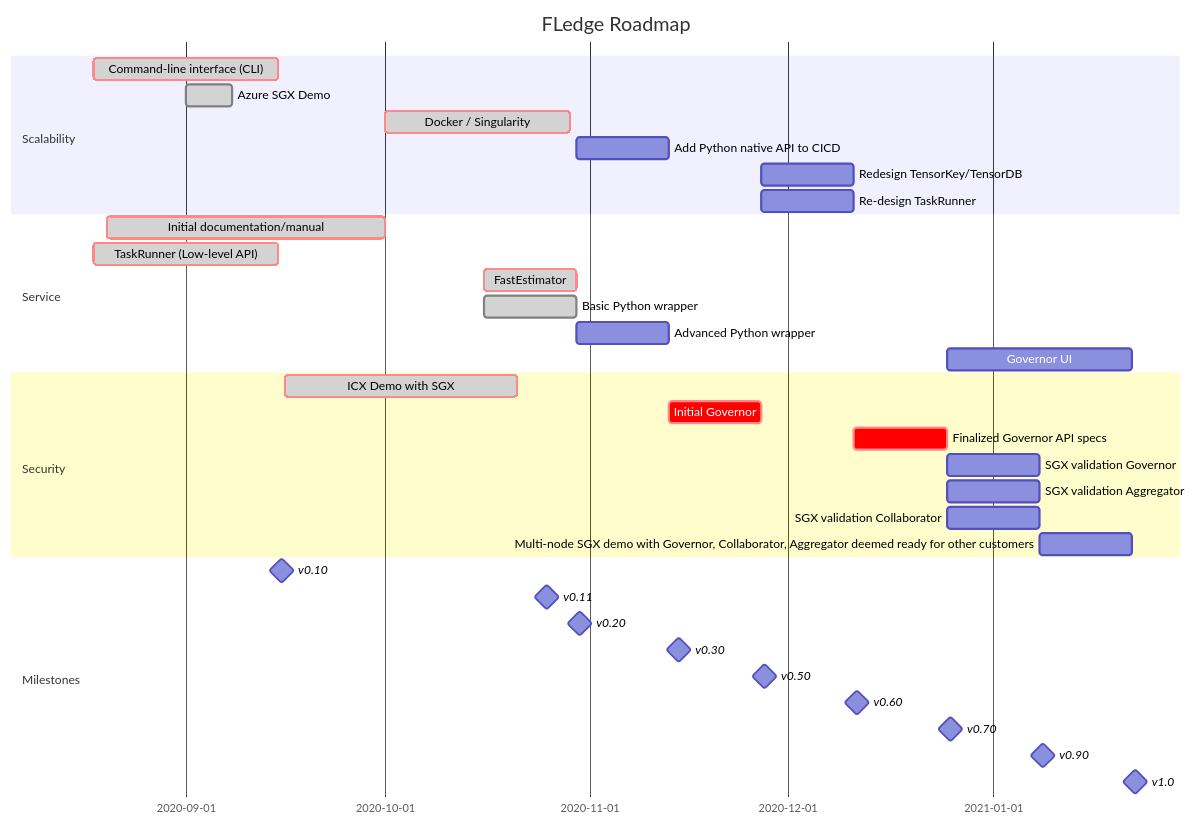
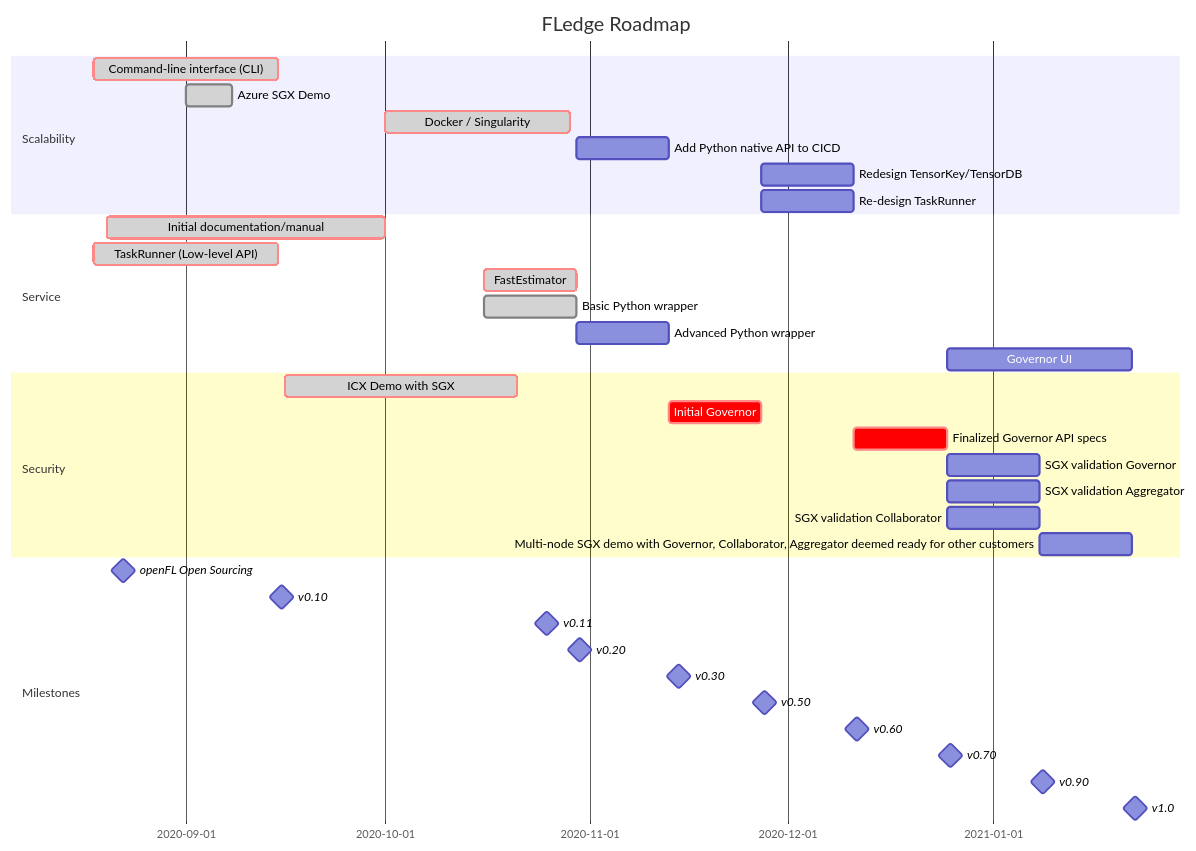
One commit to psfoley/openfl changed the diagram in docs/mermaid/roadmap.md. Above: the diagram before and after it, drawn with Mermaid.

````diff
--- a/docs/mermaid/roadmap.md
+++ b/docs/mermaid/roadmap.md
@@ -1,51 +1,53 @@
 ```mermaid
 gantt
 
     dateFormat  YYYY-MM-DD
     title FLedge Roadmap
     %% Intel IOTG Federated Learning
 
     section Scalability
 
         Command-line interface (CLI)  : done, crit, tag_cli, 2020-08-18, 4w
         Azure SGX Demo                : done, tag_azure_demo, 2020-09-01, 1w
         Docker / Singularity           : crit, done, tag_container, 2020-10-01, 4w
         Add Python native API to CICD : tag_python_api_cicd, 2020-10-30, 2w
         Redesign TensorKey/TensorDB   : tag_tensorkey, 2020-11-27, 2w
         Re-design TaskRunner          : tag_taskrunner, 2020-11-27, 2w
 
     section Service
 
         Initial documentation/manual : done, crit, tag_docs, 2020-08-20, 6w
         TaskRunner (Low-level API)   : done, crit, tag_lowlevel, 2020-08-18, 4w
         FastEstimator                : crit, done, tag_fastestimator, 2020-10-16, 2w
         Basic Python wrapper         : done, tag_basicpython, 2020-10-16, 2w
         Advanced Python wrapper      : tag_advanced_python, after tag_basicpython, 2w
         Governor UI                  : tag_governor, after tag_final_api_gov, 4w
         
     section Security
 
         ICX Demo with SGX : done, crit, tag_icx_demo, 2020-09-16, 5w
         Initial Governor  : crit, tag_init_governor, after tag_advanced_python, 2w
 
         Finalized Governor API specs : crit, tag_final_api_gov, after tag_taskrunner, 2w
 
         SGX validation Governor     : tag_valid_governor, after tag_final_api_gov, 2w
         SGX validation Aggregator   : tag_valid_aggregator, after tag_final_api_gov, 2w
         SGX validation Collaborator : tag_valid_collaborator, after tag_final_api_gov, 2w
 
         Multi-node SGX demo with Governor, Collaborator, Aggregator deemed ready for other customers : tag_1.0, after tag_valid_governor, 2w
 
     section Milestones
 
+        openFL Open Sourcing: milestone, openFL, 2020-08-22, 1d
+        
         v0.10 : milestone, v0.10, 2020-09-15, 1d
         v0.11 : milestone, v0.11, 2020-10-25, 1d
         v0.20 : milestone, v0.20, 2020-10-30, 1d
         v0.30 : milestone, v0.30, 2020-11-14, 1d
         v0.50 : milestone, v0.50, 2020-11-27, 1d
         v0.60 : milestone, v0.60, 2020-12-11, 1d
         v0.70 : milestone, v0.70, 2020-12-25, 1d
         v0.90 : milestone, v0.90, 2021-01-08, 1d
         v1.0  : milestone, v1.0,  2021-01-22, 1d
         
 ```
````
